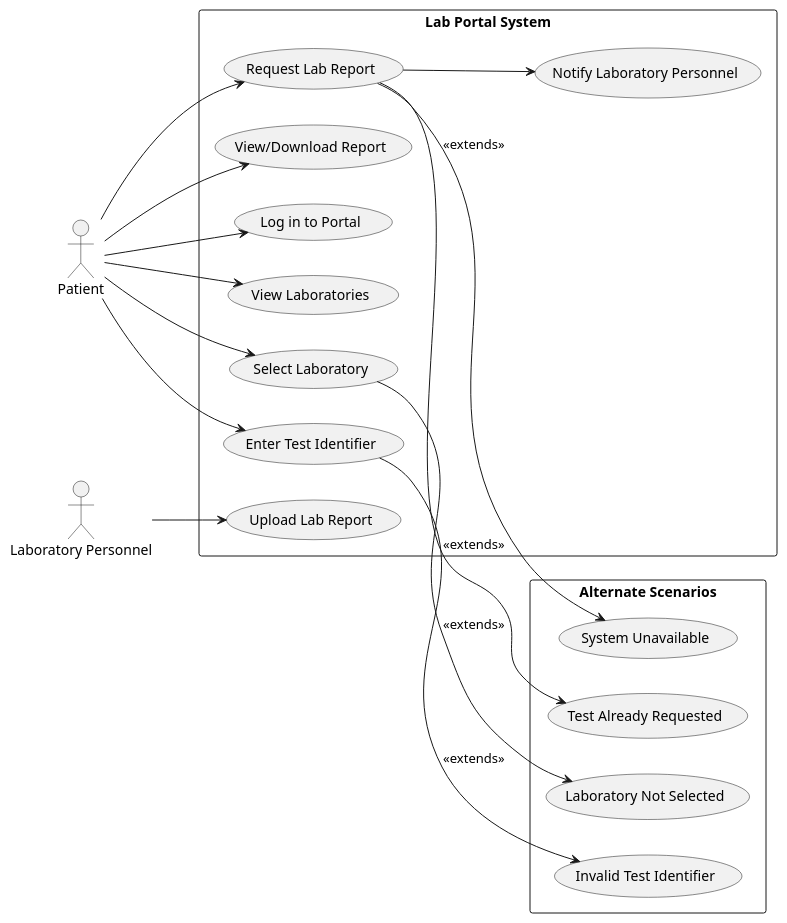
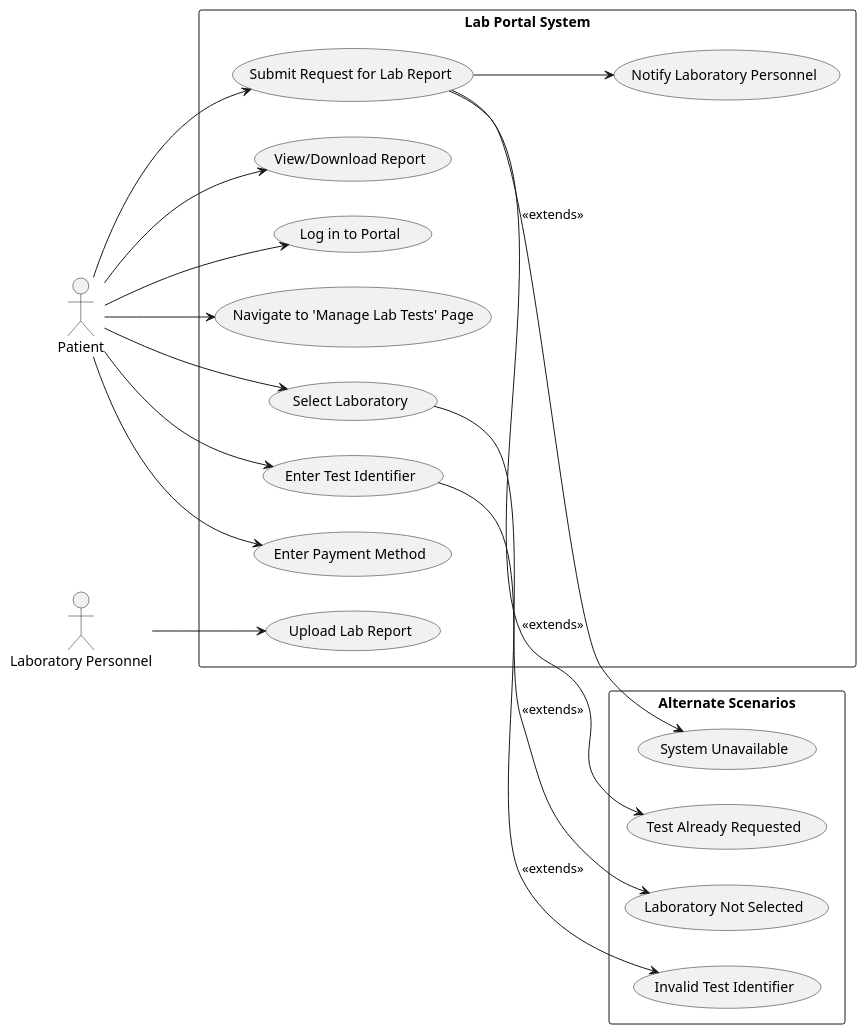
Before and after one commit to malak-elbanna/Usecases_Reqs: the diagram in RequestLabReport/diagram.puml, drawn with PlantUML. The commit also changed 16 other files, not shown here.

```diff
--- a/RequestLabReport/diagram.puml
+++ b/RequestLabReport/diagram.puml
@@ -1,39 +1,41 @@
 @startuml
 left to right direction
 
 actor Patient as P
 actor "Laboratory Personnel" as LP
 
 rectangle "Lab Portal System" {
     usecase "Log in to Portal" as UC1
-    usecase "View Laboratories" as UC2
+    usecase "Navigate to 'Manage Lab Tests' Page" as UC2
     usecase "Select Laboratory" as UC3
     usecase "Enter Test Identifier" as UC4
-    usecase "Request Lab Report" as UC5
-    usecase "Notify Laboratory Personnel" as UC6
-    usecase "Upload Lab Report" as UC7
-    usecase "View/Download Report" as UC8
+    usecase "Enter Payment Method" as UC5
+    usecase "Submit Request for Lab Report" as UC6
+    usecase "Notify Laboratory Personnel" as UC7
+    usecase "Upload Lab Report" as UC8
+    usecase "View/Download Report" as UC9
 }
 
 rectangle "Alternate Scenarios" {
-    usecase "System Unavailable" as UC9
-    usecase "Test Already Requested" as UC10
-    usecase "Laboratory Not Selected" as UC11
-    usecase "Invalid Test Identifier" as UC12
+    usecase "System Unavailable" as UC10
+    usecase "Test Already Requested" as UC11
+    usecase "Laboratory Not Selected" as UC12
+    usecase "Invalid Test Identifier" as UC13
 }
 
 P --> UC1
 P --> UC2
 P --> UC3
 P --> UC4
 P --> UC5
-UC5 --> UC6
-LP --> UC7
-P --> UC8
+P --> UC6
+UC6 --> UC7
+LP --> UC8
+P --> UC9
 
-UC5 --> UC9 : <<extends>>
-UC5 --> UC10 : <<extends>>
-UC3 --> UC11 : <<extends>>
-UC4 --> UC12 : <<extends>>
+UC6 --> UC10 : <<extends>>
+UC6 --> UC11 : <<extends>>
+UC3 --> UC12 : <<extends>>
+UC4 --> UC13 : <<extends>>
 
 @enduml
```
